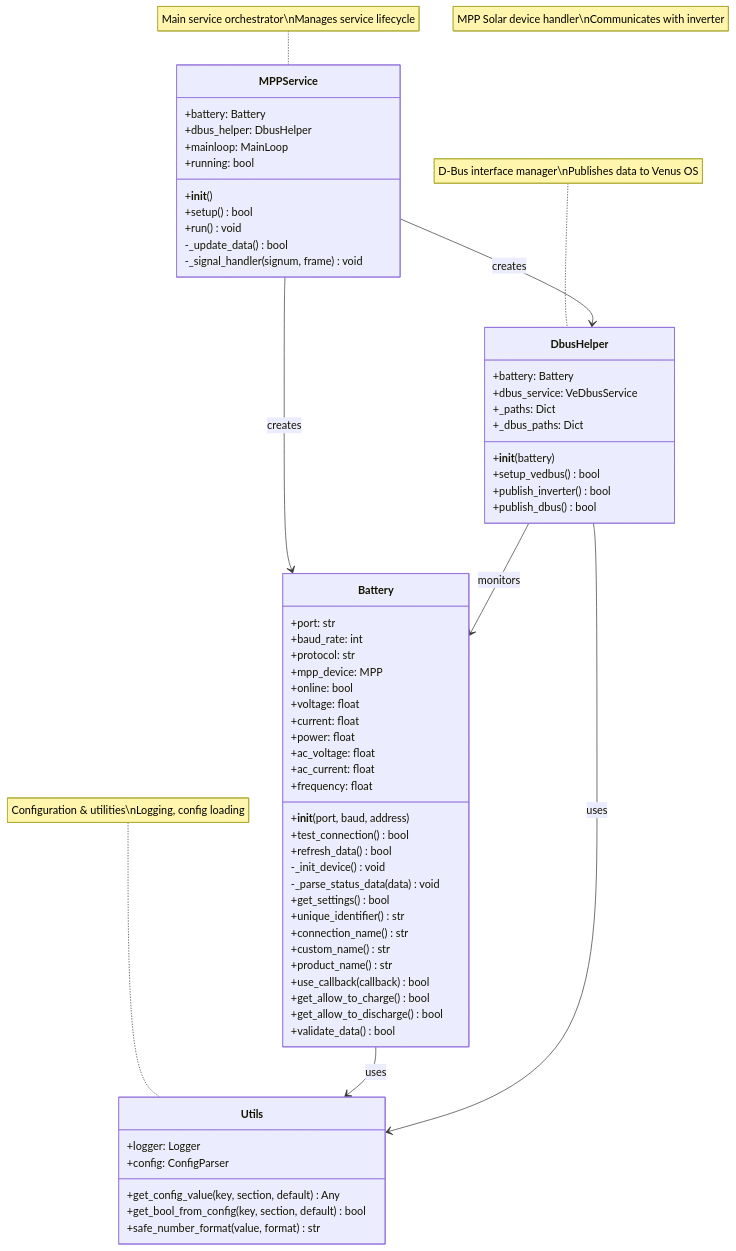
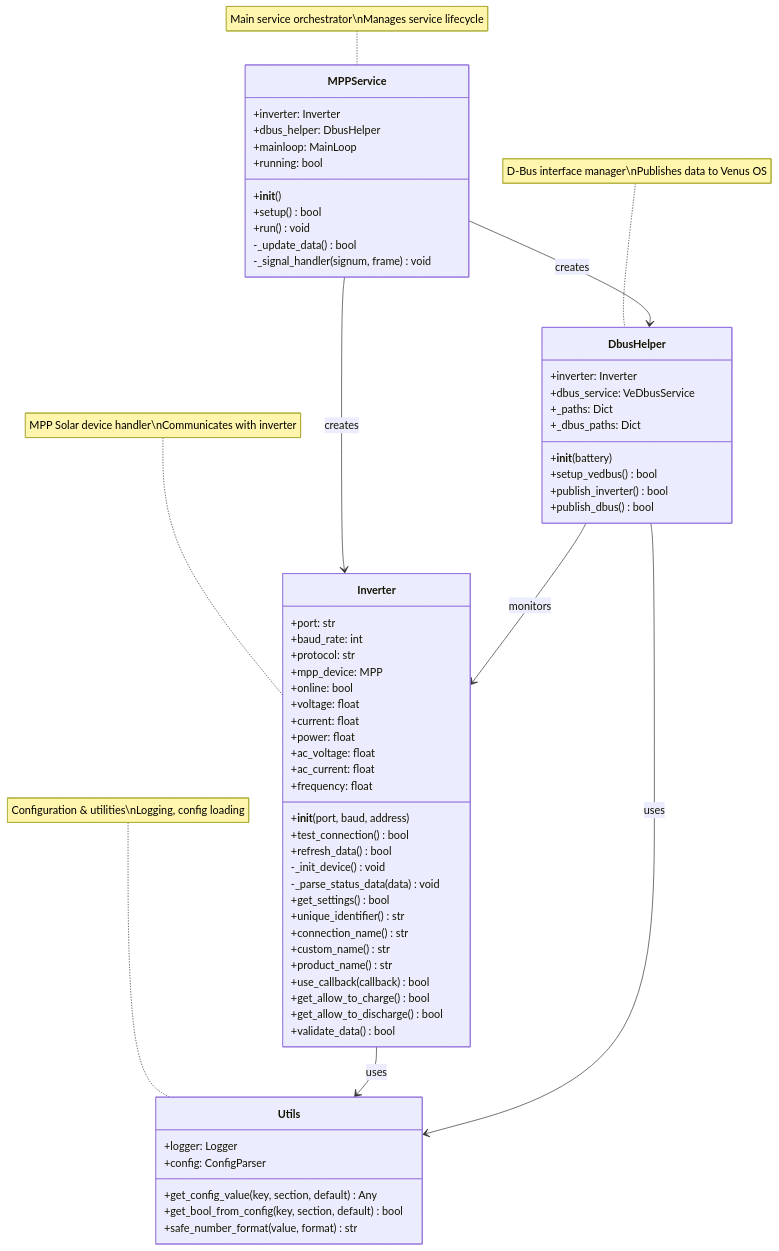
The first of 4 diagrams in README.md (spacecabbie/dbus-mppsolarv2), drawn with Mermaid before and after one commit. The commit also changed other lines of this file and 2 other files, not shown here.

Commit message:
docs: Update documentation and remaining references for Battery to Inverter rename
- Update README.md class diagrams and documentation to reflect Inverter class
- Update copilot-instructions.md to reference Inverter instance creation
- Fix remaining Battery import and usage in dbus_mppsolar/dbus-mppsolar.py
- Ensure all references consistently use 'Inverter' instead of 'Battery'

commit by: Grok

````diff
--- a/README.md
+++ b/README.md
@@ -274,72 +274,72 @@
 ```mermaid
 classDiagram
     class MPPService {
-        +battery: Battery
+        +inverter: Inverter
         +dbus_helper: DbusHelper
         +mainloop: MainLoop
         +running: bool
         +__init__()
         +setup() bool
         +run() void
         -_update_data() bool
         -_signal_handler(signum, frame) void
     }
 
-    class Battery {
+    class Inverter {
         +port: str
         +baud_rate: int
         +protocol: str
         +mpp_device: MPP
         +online: bool
         +voltage: float
         +current: float
         +power: float
         +ac_voltage: float
         +ac_current: float
         +frequency: float
         +__init__(port, baud, address)
         +test_connection() bool
         +refresh_data() bool
         -_init_device() void
         -_parse_status_data(data) void
         +get_settings() bool
         +unique_identifier() str
         +connection_name() str
         +custom_name() str
         +product_name() str
         +use_callback(callback) bool
         +get_allow_to_charge() bool
         +get_allow_to_discharge() bool
         +validate_data() bool
     }
 
     class DbusHelper {
-        +battery: Battery
+        +inverter: Inverter
         +dbus_service: VeDbusService
         +_paths: Dict
         +_dbus_paths: Dict
         +__init__(battery)
         +setup_vedbus() bool
         +publish_inverter() bool
         +publish_dbus() bool
     }
 
     class Utils {
         +logger: Logger
         +config: ConfigParser
         +get_config_value(key, section, default) Any
         +get_bool_from_config(key, section, default) bool
         +safe_number_format(value, format) str
     }
 
-    MPPService --> Battery : creates
+    MPPService --> Inverter : creates
     MPPService --> DbusHelper : creates
-    Battery --> Utils : uses
+    Inverter --> Utils : uses
     DbusHelper --> Utils : uses
-    DbusHelper --> Battery : monitors
+    DbusHelper --> Inverter : monitors
 
     note for MPPService "Main service orchestrator\nManages service lifecycle"
     note for Inverter "MPP Solar device handler\nCommunicates with inverter"
     note for DbusHelper "D-Bus interface manager\nPublishes data to Venus OS"
     note for Utils "Configuration & utilities\nLogging, config loading"
 ```
````
